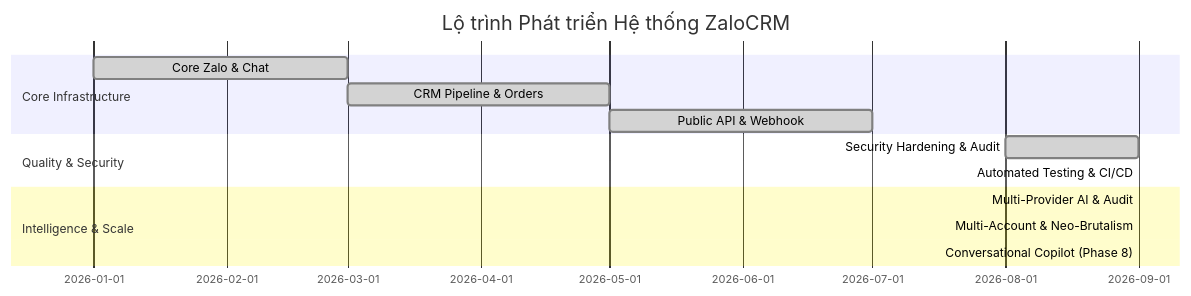
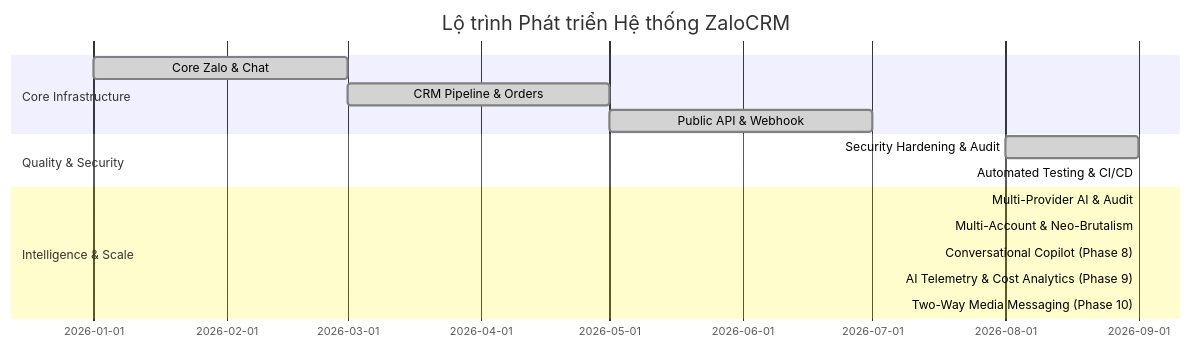
One commit to duynghien/ZaloCRM changed the diagram in docs/project-roadmap.md. Above: the diagram before and after it, drawn with Mermaid. The commit also changed other lines of this file and 7 other files, not shown here.

Commit message:
docs: synchronize documentation with copilot, media messaging, and telemetry features

````diff
--- a/docs/project-roadmap.md
+++ b/docs/project-roadmap.md
@@ -7,16 +7,18 @@
 ```mermaid
 gantt
     title Lộ trình Phát triển Hệ thống ZaloCRM
     dateFormat  YYYY-MM
     section Core Infrastructure
     Core Zalo & Chat           :done,    des1, 2026-01, 2026-03
     CRM Pipeline & Orders      :done,    des2, 2026-03, 2026-05
     Public API & Webhook       :done,    des3, 2026-05, 2026-07
     section Quality & Security
     Security Hardening & Audit :done,    des4, 2026-08, 2026-09
     Automated Testing & CI/CD  :done,    des5, 2026-09, 2026-09
     section Intelligence & Scale
     Multi-Provider AI & Audit  :done,    des6, 2026-09, 2026-09
     Multi-Account & Neo-Brutalism :done, des7, 2026-09, 2026-09
     Conversational Copilot (Phase 8) :done, des8, 2026-09, 2026-09
+    AI Telemetry & Cost Analytics (Phase 9) :done, des9, 2026-09, 2026-09
+    Two-Way Media Messaging (Phase 10) :done, des10, 2026-09, 2026-09
 ```
````
